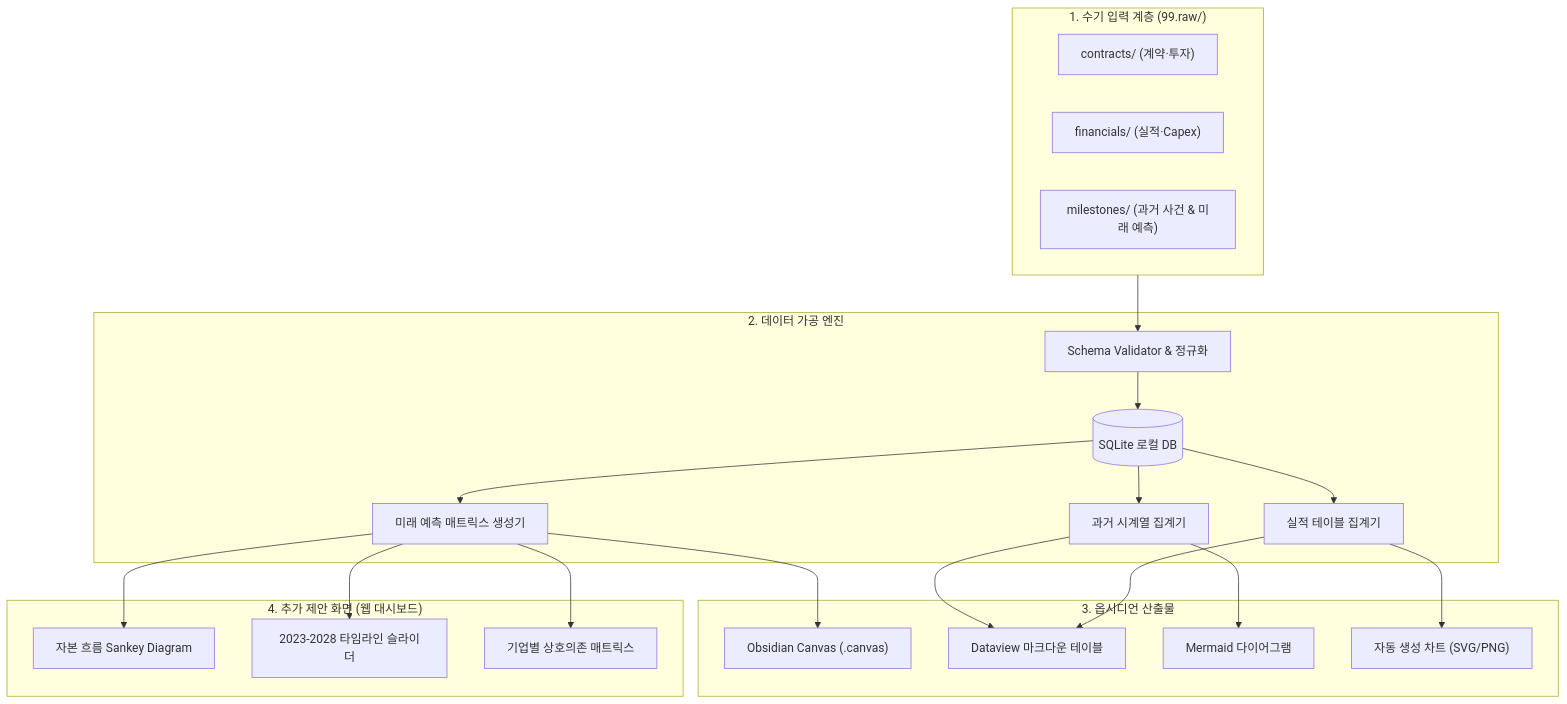
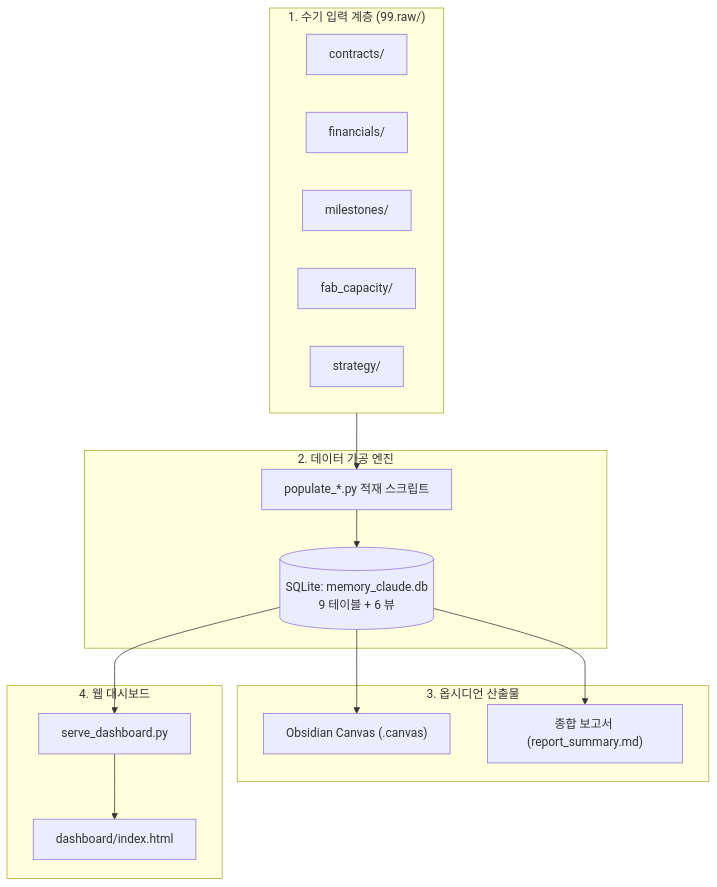
One commit to zoofighter/memory-game changed the first of 2 diagrams in docs/requirements_spec.md. Above: the diagram before and after it, drawn with Mermaid. The commit also changed other lines of this file and 33 other files, not shown here.

````diff
--- a/docs/requirements_spec.md
+++ b/docs/requirements_spec.md
@@ -54,34 +58,29 @@
 ```mermaid
 graph TD
     subgraph INPUT ["1. 수기 입력 계층 (99.raw/)"]
-        R1["contracts/ (계약·투자)"]
-        R2["financials/ (실적·Capex)"]
-        R3["milestones/ (과거 사건 & 미래 예측)"]
+        R1["contracts/"]
+        R2["financials/"]
+        R3["milestones/"]
+        R4["fab_capacity/"]
+        R5["strategy/"]
     end
 
     subgraph ENGINE ["2. 데이터 가공 엔진"]
-        VALIDATOR["Schema Validator & 정규화"]
-        DB[("SQLite 로컬 DB")]
-        CALC_PAST["과거 시계열 집계기"]
-        CALC_FUTURE["미래 예측 매트릭스 생성기"]
-        CALC_EARNINGS["실적 테이블 집계기"]
+        POPULATE["populate_*.py 적재 스크립트"]
+        DB[("SQLite: memory_claude.db<br/>9 테이블 + 6 뷰")]
     end
 
     subgraph OUTPUT_OBS ["3. 옵시디언 산출물"]
         OBS_CANVAS["Obsidian Canvas (.canvas)"]
-        OBS_TABLE["Dataview 마크다운 테이블"]
-        OBS_MERMAID["Mermaid 다이어그램"]
-        OBS_IMAGE["자동 생성 차트 (SVG/PNG)"]
+        OBS_REPORT["종합 보고서 (report_summary.md)"]
     end
 
-    subgraph OUTPUT_WEB ["4. 추가 제안 화면 (웹 대시보드)"]
-        SANKEY["자본 흐름 Sankey Diagram"]
-        TIMELINE["2023-2028 타임라인 슬라이더"]
-        MATRIX["기업별 상호의존 매트릭스"]
+    subgraph OUTPUT_WEB ["4. 웹 대시보드"]
+        DASHBOARD["dashboard/index.html"]
+        SERVE["serve_dashboard.py"]
     end
 
-    INPUT --> VALIDATOR --> DB
-    DB --> CALC_PAST --> OBS_TABLE & OBS_MERMAID
-    DB --> CALC_EARNINGS --> OBS_TABLE & OBS_IMAGE
-    DB --> CALC_FUTURE --> OBS_CANVAS & SANKEY & TIMELINE & MATRIX
+    INPUT --> POPULATE --> DB
+    DB --> OBS_CANVAS & OBS_REPORT
+    DB --> SERVE --> DASHBOARD
 ```
````
